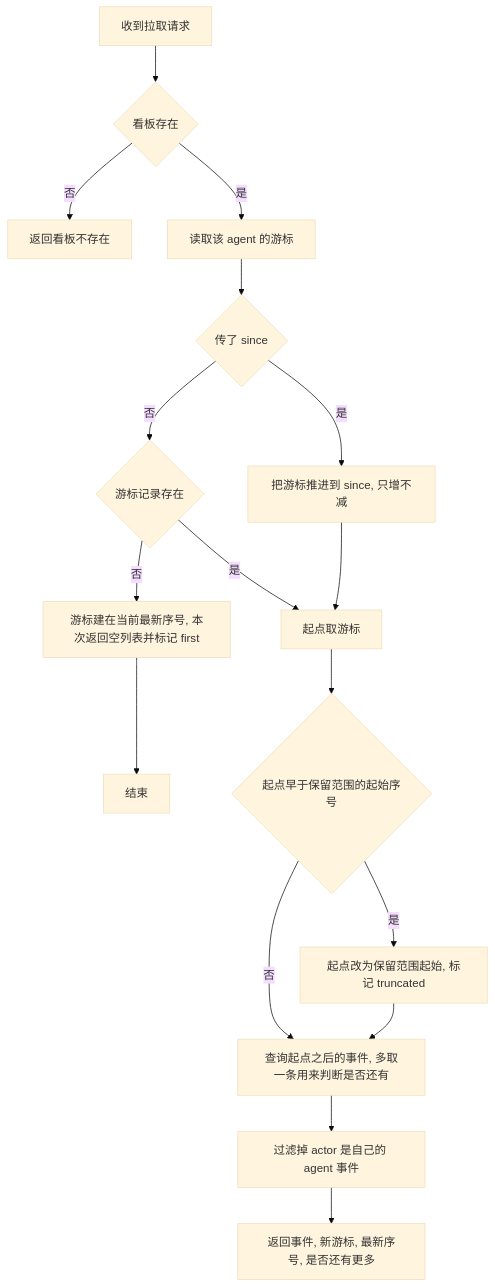
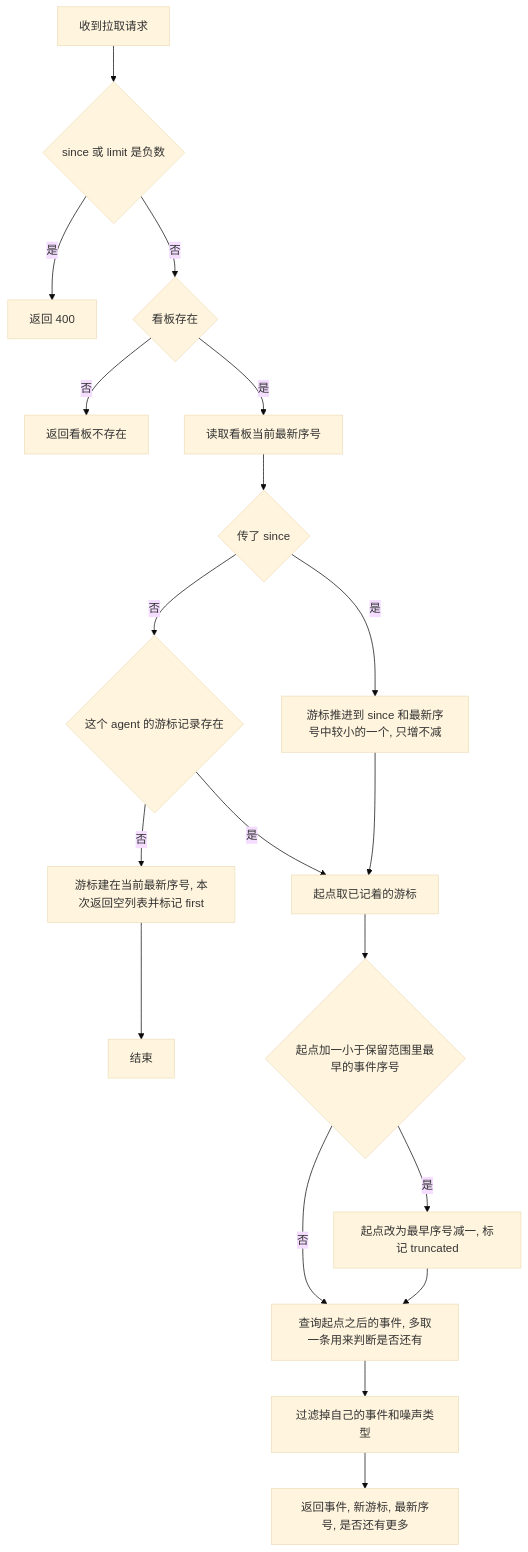
The second of 4 diagrams in .cursor/scopes/kanban.event.go.md (ixugo/slate-kanban), drawn with Mermaid (base theme) before and after one commit. The commit also changed other lines of this file and 1 other file, not shown here.

````diff
--- a/.cursor/scopes/kanban.event.go.md
+++ b/.cursor/scopes/kanban.event.go.md
@@ -87,19 +87,21 @@
 ```mermaid
 flowchart TD
-    A[收到拉取请求] --> B{看板存在}
+    A[收到拉取请求] --> A2{since 或 limit 是负数}
+    A2 -->|是| Z0[返回 400]
+    A2 -->|否| B{看板存在}
     B -->|否| Z1[返回看板不存在]
-    B -->|是| C[读取该 agent 的游标]
+    B -->|是| C[读取看板当前最新序号]
     C --> D{传了 since}
-    D -->|是| E[把游标推进到 since, 只增不减]
-    D -->|否| F{游标记录存在}
+    D -->|是| E[游标推进到 since 和最新序号中较小的一个, 只增不减]
+    D -->|否| F{这个 agent 的游标记录存在}
     F -->|否| G[游标建在当前最新序号, 本次返回空列表并标记 first]
-    F -->|是| H[起点取游标]
+    F -->|是| H[起点取已记着的游标]
     E --> H
     G --> Z2[结束]
-    H --> I{起点早于保留范围的起始序号}
-    I -->|是| J[起点改为保留范围起始, 标记 truncated]
+    H --> I{起点加一小于保留范围里最早的事件序号}
+    I -->|是| J[起点改为最早序号减一, 标记 truncated]
     I -->|否| K[查询起点之后的事件, 多取一条用来判断是否还有]
     J --> K
-    K --> L[过滤掉 actor 是自己的 agent 事件]
+    K --> L[过滤掉自己的事件和噪声类型]
     L --> M[返回事件, 新游标, 最新序号, 是否还有更多]
 ```
````
